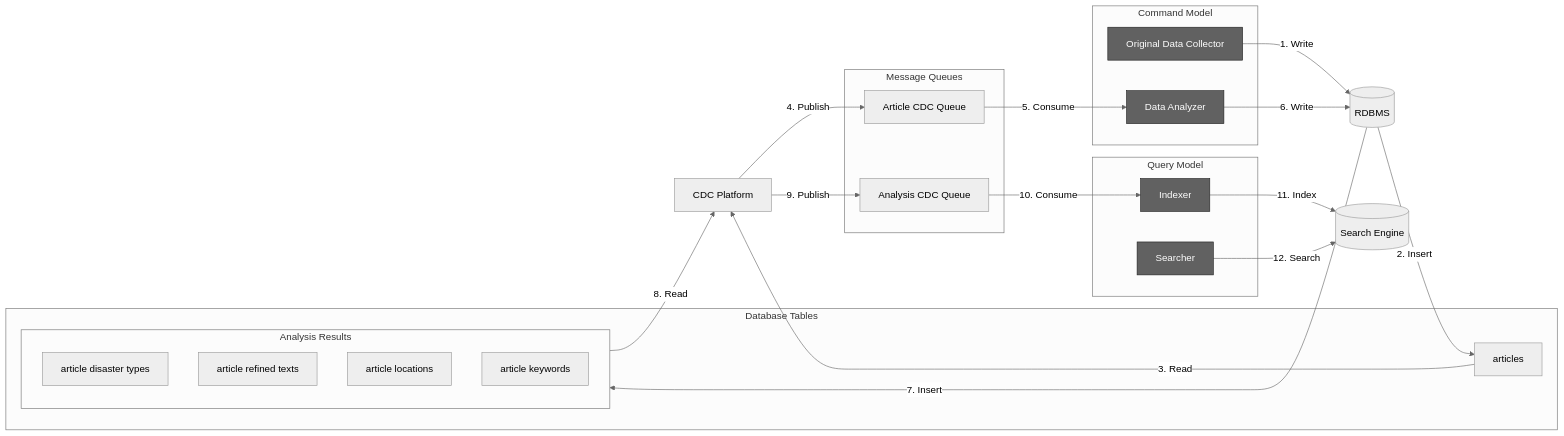
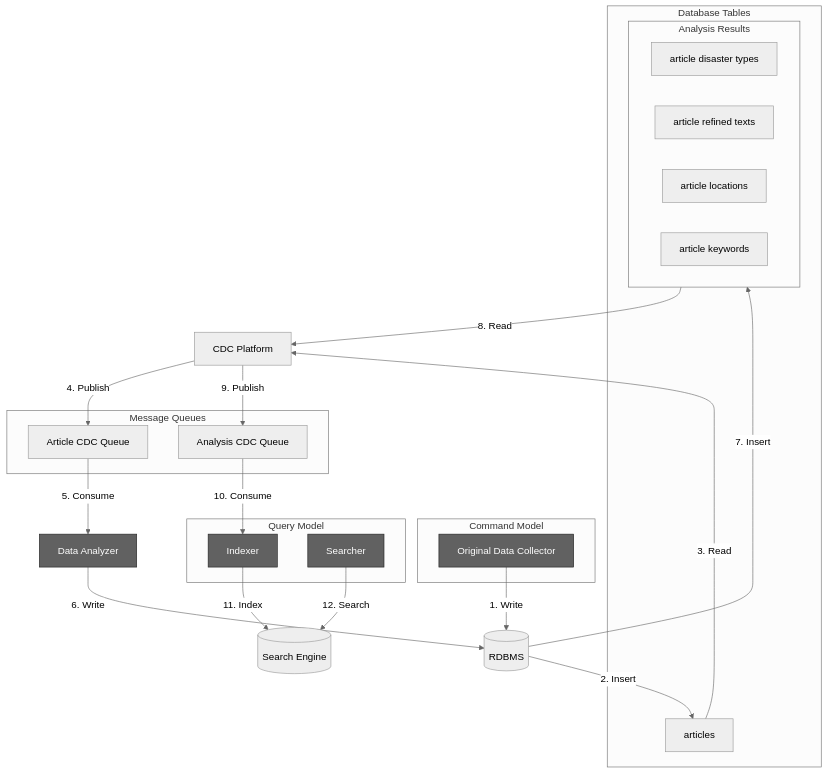
One commit to vonkernel/local-incident-tracker changed the first of 2 diagrams in README.md. Above: the diagram before and after it, drawn with Mermaid (neutral theme).

Commit message:
Separate Data Analyzer from Command Model subgraph

````diff
--- a/README.md
+++ b/README.md
@@ -23,49 +23,50 @@
 ```mermaid
-flowchart LR
+flowchart TD
 
     subgraph Command [Command Model]
         ODC[Original Data Collector]
-        DA[Data Analyzer]
     end
+
+    DA[Data Analyzer]
 
     subgraph Query [Query Model]
         IDX[Indexer]
         SRCH[Searcher]
     end
 
     RDBMS[(RDBMS)]
     CDC[CDC Platform]
     SE[(Search Engine)]
 
     subgraph Storage [Database Tables]
         articles[articles]
         subgraph Analysis_Tables [Analysis Results]
             ADT[article disaster types]
             ART[article refined texts]
             AL[article locations]
             AK[article keywords]
         end
     end
 
     subgraph Queues [Message Queues]
         AnaQ[Analysis CDC Queue]
         ArtQ[Article CDC Queue]
     end
 
     %% Flow connections
     ODC -- "1. Write" --> RDBMS
     RDBMS -- "2. Insert" --> articles
     articles -- "3. Read" --> CDC
     CDC -- "4. Publish" --> ArtQ
     ArtQ -- "5. Consume" --> DA
     DA -- "6. Write" --> RDBMS
     RDBMS -- "7. Insert" --> Analysis_Tables
     Analysis_Tables -- "8. Read" --> CDC
     CDC -- "9. Publish" --> AnaQ
     AnaQ -- "10. Consume" --> IDX
     IDX -- "11. Index" --> SE
     SRCH -- "12. Search" --> SE
 
     classDef app fill:#616161,stroke:#212121,color:#fff
     class ODC,DA,IDX,SRCH app
 ```
````
